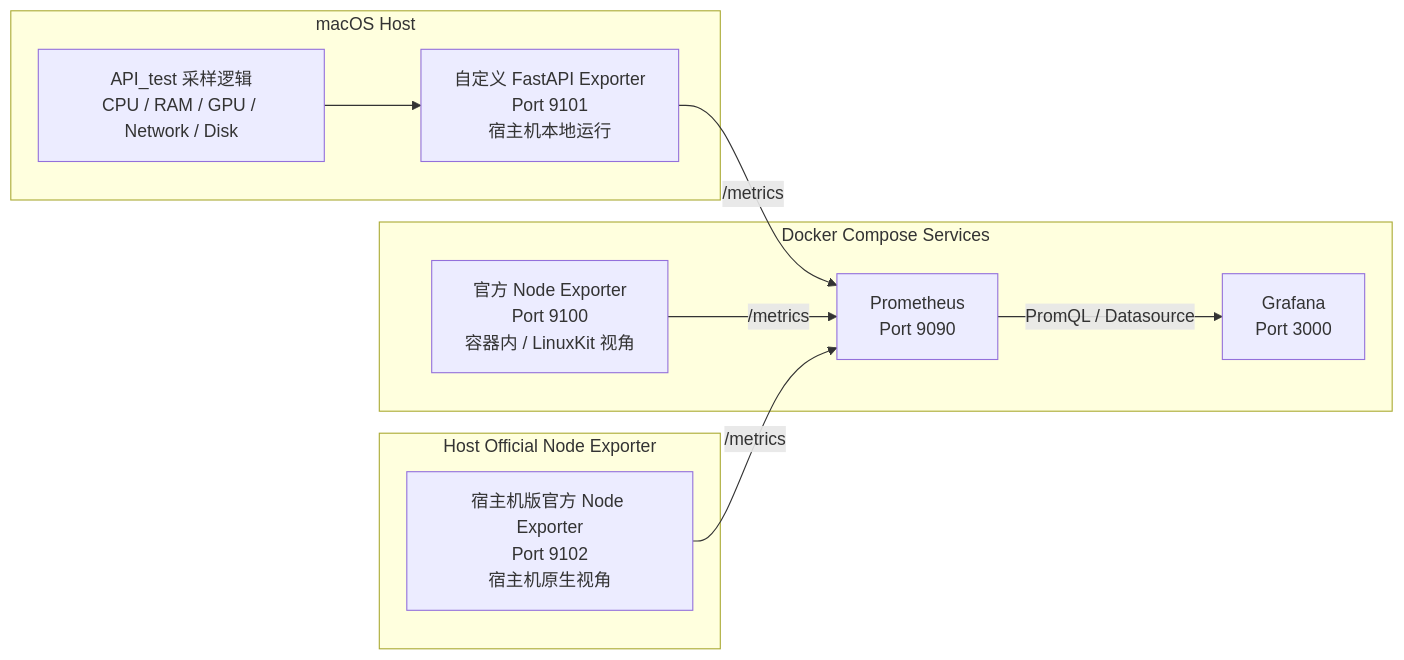
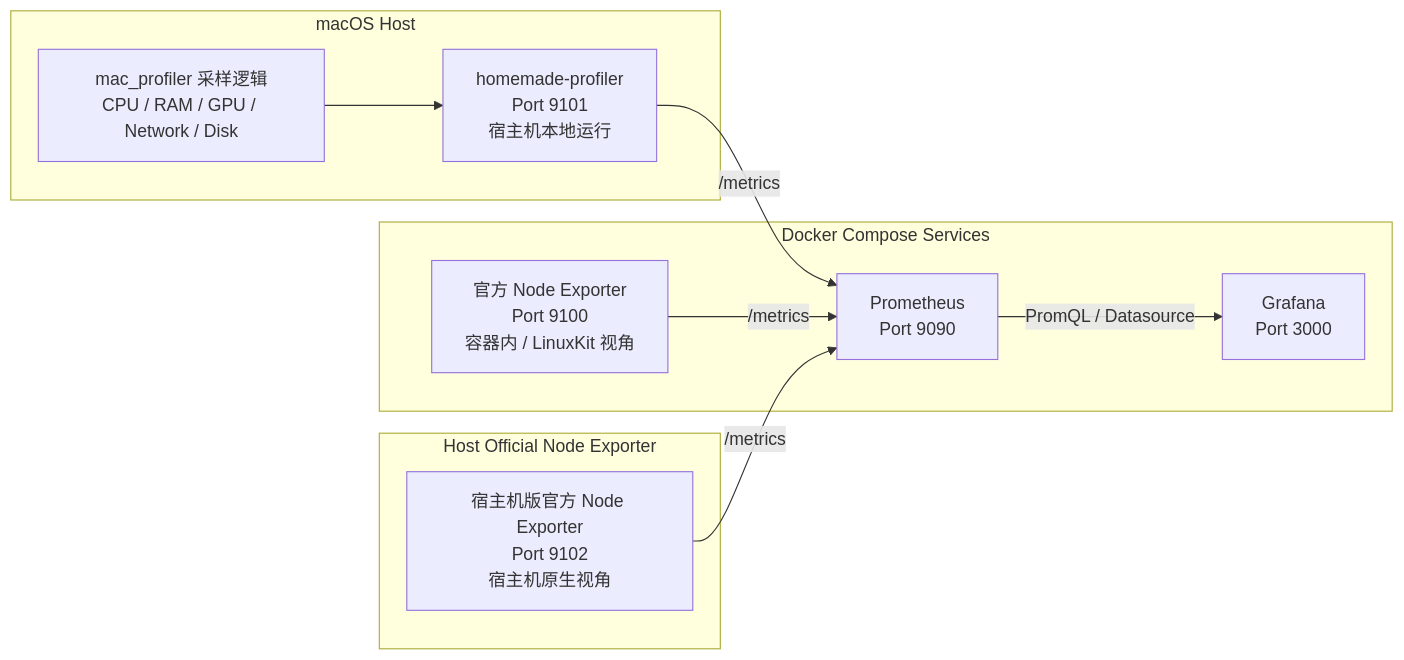
Before and after one commit to billzi2016/NodeExporter-Prometheus-Grafana: the diagram in server.md, drawn with Mermaid. The commit also changed other lines of this file and 26 other files, not shown here.

Commit message:
整理监控系统当前第一阶段实现：完成 homemade-profiler 目录重构与 mac_profiler 模块化接入，统一 Prometheus 抓取三套 exporter，补齐 Grafana 四个 dashboard 的命名、职责划分与仪表盘化展示，并将 demo 截图与项目结构说明补充进 README 以便完整展示 Docker 内官方 node_exporter、宿主机官方 node_exporter 以及自定义 FastAPI exporter 三条链路

````diff
--- a/server.md
+++ b/server.md
@@ -22,23 +22,23 @@
 ```mermaid
 flowchart LR
     subgraph Host["macOS Host"]
-        API["API_test 采样逻辑<br/>CPU / RAM / GPU / Network / Disk"]
-        FASTAPI["自定义 FastAPI Exporter<br/>Port 9101<br/>宿主机本地运行"]
+        API["mac_profiler 采样逻辑<br/>CPU / RAM / GPU / Network / Disk"]
+        FASTAPI["homemade-profiler<br/>Port 9101<br/>宿主机本地运行"]
         API --> FASTAPI
     end
 
     subgraph Docker["Docker Compose Services"]
         NODE["官方 Node Exporter<br/>Port 9100<br/>容器内 / LinuxKit 视角"]
         PROM["Prometheus<br/>Port 9090"]
         GRAF["Grafana<br/>Port 3000"]
     end
 
     subgraph HostNode["Host Official Node Exporter"]
         HOSTNODE["宿主机版官方 Node Exporter<br/>Port 9102<br/>宿主机原生视角"]
     end
 
     FASTAPI -->|/metrics| PROM
     NODE -->|/metrics| PROM
     HOSTNODE -->|/metrics| PROM
     PROM -->|PromQL / Datasource| GRAF
 ```
````
